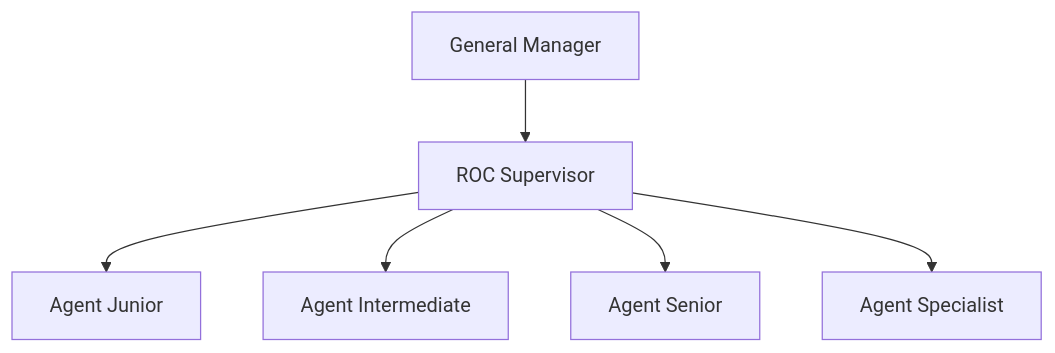
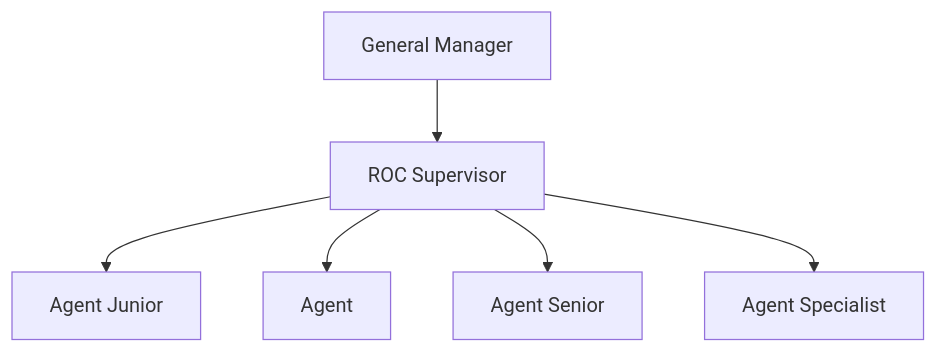
Before and after one commit to r-gismondi/marine-technologies-roc: the diagram in docs/org/org-chart.md, drawn with Mermaid. The commit also changed other lines of this file and 9 other files, not shown here.

First line of the commit message:
Rename Agent Intermediate to Agent.

````diff
--- a/docs/org/org-chart.md
+++ b/docs/org/org-chart.md
@@ -11,10 +11,10 @@
 ```mermaid
 flowchart TB
   GM[General Manager]
   SUP[ROC Supervisor]
   GM --> SUP
   SUP --> AJ[Agent Junior]
-  SUP --> AI[Agent Intermediate]
+  SUP --> AI[Agent]
   SUP --> AS[Agent Senior]
   SUP --> ASP[Agent Specialist]
 ```
````
